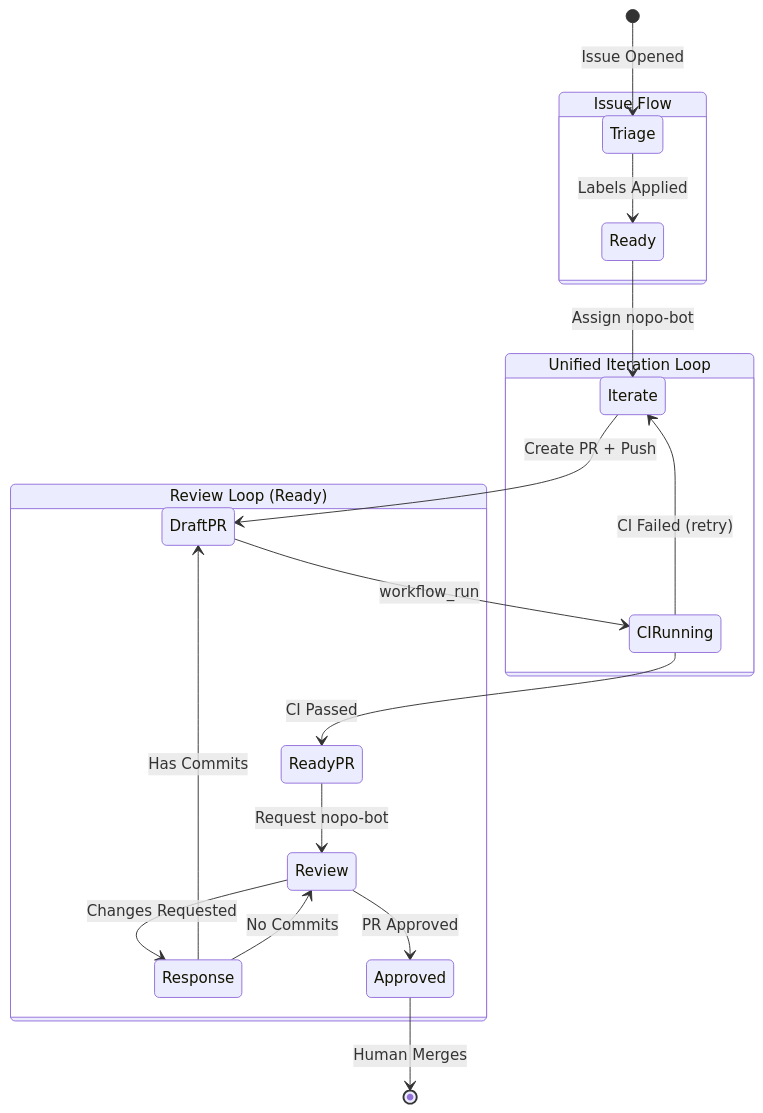
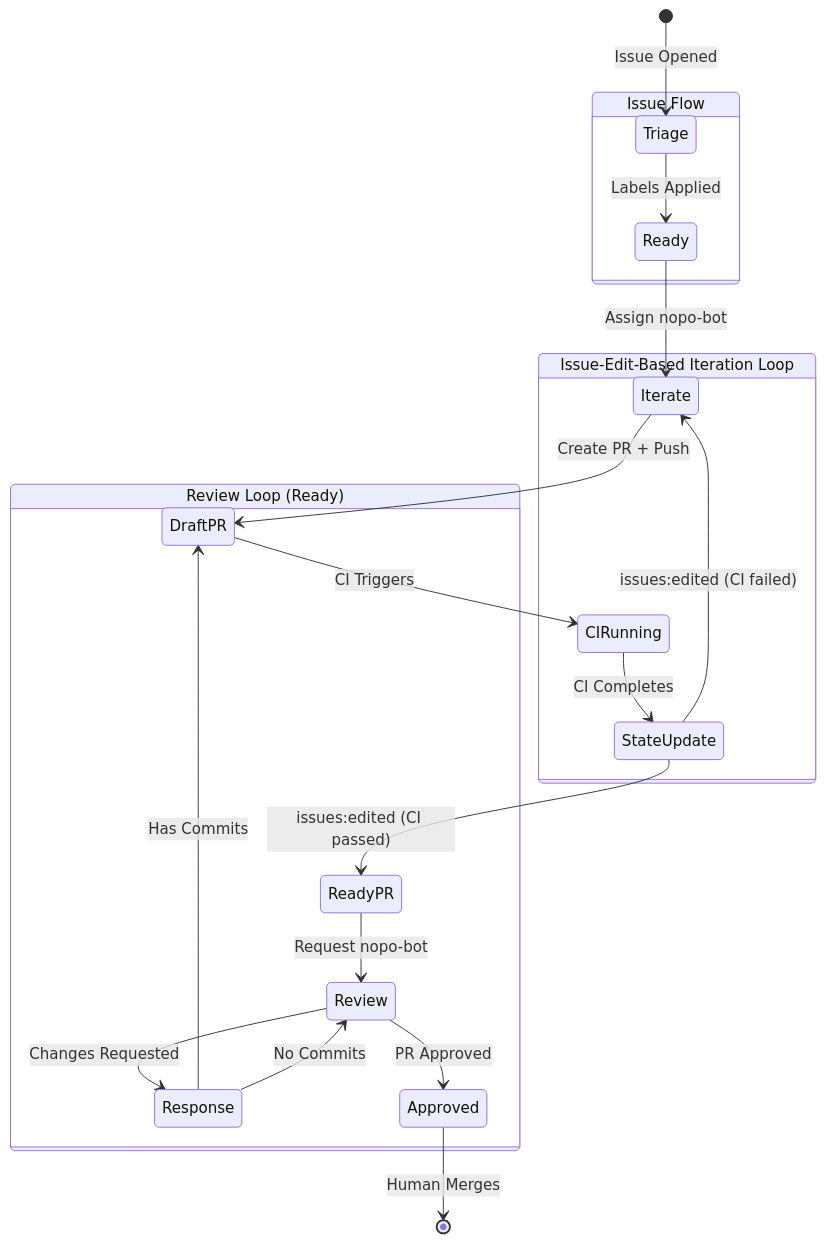
Before and after one commit to kevin-mind/nopo: the fourth of 5 diagrams in docs/automation/ARCHITECTURE.md, drawn with Mermaid. The commit also changed other lines of this file and 11 other files, not shown here.

First line of the commit message:
feat(automation): implement issue-edit-based iteration loop

````diff
--- a/docs/automation/ARCHITECTURE.md
+++ b/docs/automation/ARCHITECTURE.md
@@ -142,26 +143,27 @@
 ```mermaid
 stateDiagram-v2
     [*] --> Triage: Issue Opened
 
     state "Issue Flow" as IssueFlow {
         Triage --> Ready: Labels Applied
         Ready --> Iterate: Assign nopo-bot
     }
 
-    state "Unified Iteration Loop" as IterationLoop {
+    state "Issue-Edit-Based Iteration Loop" as IterationLoop {
         Iterate --> DraftPR: Create PR + Push
-        DraftPR --> CIRunning: workflow_run
-        CIRunning --> Iterate: CI Failed (retry)
-        CIRunning --> ReadyPR: CI Passed
+        DraftPR --> CIRunning: CI Triggers
+        CIRunning --> StateUpdate: CI Completes
+        StateUpdate --> Iterate: issues:edited (CI failed)
+        StateUpdate --> ReadyPR: issues:edited (CI passed)
     }
 
     state "Review Loop (Ready)" as ReviewLoop {
         ReadyPR --> Review: Request nopo-bot
         Review --> Response: Changes Requested
         Response --> DraftPR: Has Commits
         Response --> Review: No Commits
         Review --> Approved: PR Approved
     }
 
     Approved --> [*]: Human Merges
 ```
````
